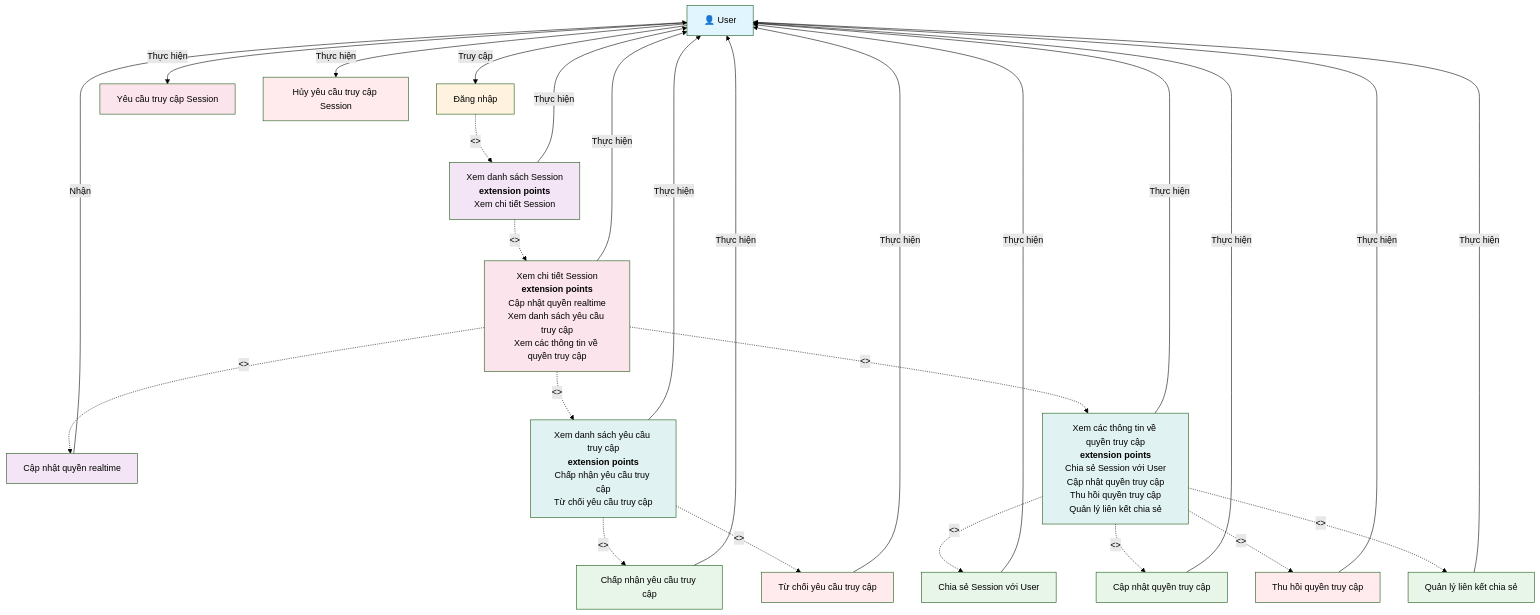
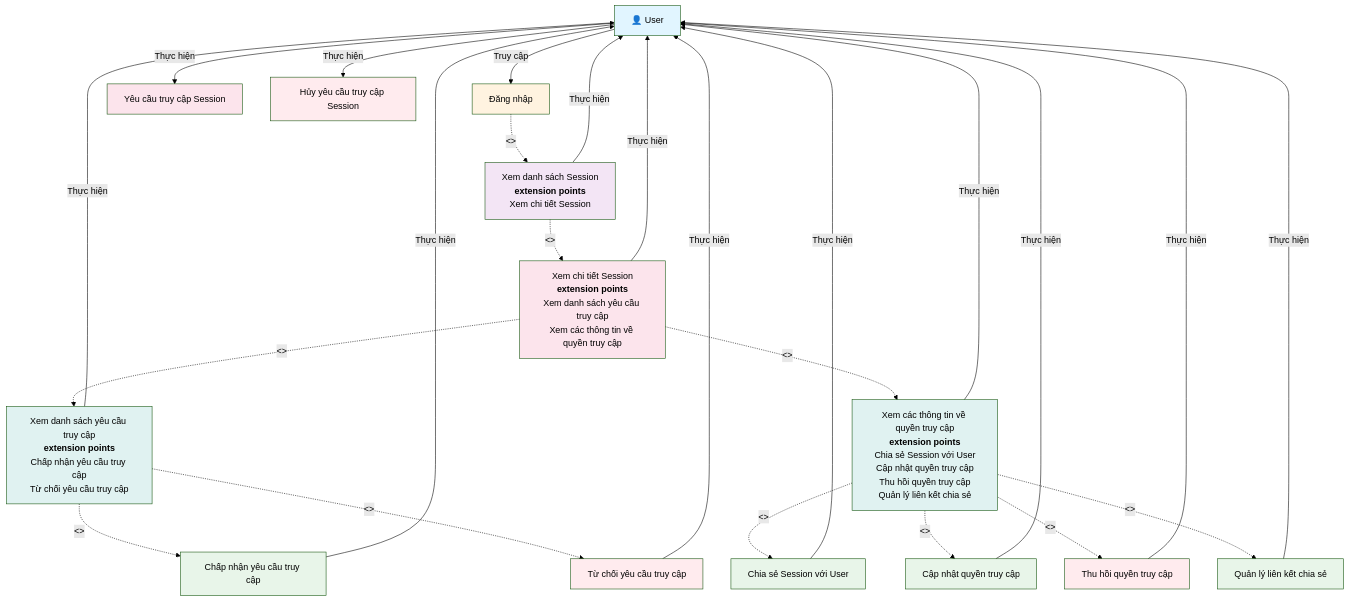
Before and after one commit to mduc-2610/gp_doc: the diagram in session_access/1_session_access_usecase.md, drawn with Mermaid (forest theme). The commit also changed other lines of this file and 54 other files, not shown here.

````diff
--- a/session_access/1_session_access_usecase.md
+++ b/session_access/1_session_access_usecase.md
@@ -3,76 +3,70 @@
 ```mermaid
 graph TB
     User["👤 User"]
     
     Login["Đăng nhập"]
     ListSessions["Xem danh sách Session<br/><b>extension points</b><br/>Xem chi tiết Session"]
-    ViewSessionDetail["Xem chi tiết Session<br/><b>extension points</b><br/>Cập nhật quyền realtime<br/>Xem danh sách yêu cầu truy cập<br/>Xem các thông tin về quyền truy cập"]
-    
-    ReceiveUpdate["Cập nhật quyền realtime"]
+    ViewSessionDetail["Xem chi tiết Session<br/><b>extension points</b><br/>Xem danh sách yêu cầu truy cập<br/>Xem các thông tin về quyền truy cập"]
     ViewRequestList["Xem danh sách yêu cầu truy cập<br/><b>extension points</b><br/>Chấp nhận yêu cầu truy cập<br/>Từ chối yêu cầu truy cập"]
     ViewPermissionInfo["Xem các thông tin về quyền truy cập<br/><b>extension points</b><br/>Chia sẻ Session với User<br/>Cập nhật quyền truy cập<br/>Thu hồi quyền truy cập<br/>Quản lý liên kết chia sẻ"]
     
     AcceptRequest["Chấp nhận yêu cầu truy cập"]
     RejectRequest["Từ chối yêu cầu truy cập"]
     
     ShareSession["Chia sẻ Session với User"]
     UpdatePermission["Cập nhật quyền truy cập"]
     RevokePermission["Thu hồi quyền truy cập"]
     ManageLink["Quản lý liên kết chia sẻ"]
     
     RequestAccess["Yêu cầu truy cập Session"]
     CancelRequest["Hủy yêu cầu truy cập Session"]
     
     User -->|Truy cập| Login
     Login -.->|<<Include>>| ListSessions
     ListSessions -->|Thực hiện| User
     
     ListSessions -.->|<<Extend>>| ViewSessionDetail
     ViewSessionDetail -->|Thực hiện| User
-    
-    ViewSessionDetail -.->|<<Extend>>| ReceiveUpdate
-    ReceiveUpdate -->|Nhận| User
     
     ViewSessionDetail -.->|<<Extend>>| ViewRequestList
     ViewRequestList -->|Thực hiện| User
     
     ViewRequestList -.->|<<Extend>>| AcceptRequest
     AcceptRequest -->|Thực hiện| User
     
     ViewRequestList -.->|<<Extend>>| RejectRequest
     RejectRequest -->|Thực hiện| User
     
     ViewSessionDetail -.->|<<Extend>>| ViewPermissionInfo
     ViewPermissionInfo -->|Thực hiện| User
     
     ViewPermissionInfo -.->|<<Extend>>| ShareSession
     ShareSession -->|Thực hiện| User
     
     ViewPermissionInfo -.->|<<Extend>>| UpdatePermission
     UpdatePermission -->|Thực hiện| User
     
     ViewPermissionInfo -.->|<<Extend>>| RevokePermission
     RevokePermission -->|Thực hiện| User
     
     ViewPermissionInfo -.->|<<Extend>>| ManageLink
     ManageLink -->|Thực hiện| User
     
     User -->|Thực hiện| RequestAccess
     User -->|Thực hiện| CancelRequest
     
     style User fill:#e1f5ff
     style Login fill:#fff3e0
     style ListSessions fill:#f3e5f5
     style ViewSessionDetail fill:#fce4ec
-    style ReceiveUpdate fill:#f3e5f5
     style ViewRequestList fill:#e0f2f1
     style ViewPermissionInfo fill:#e0f2f1
     style AcceptRequest fill:#e8f5e9
     style RejectRequest fill:#ffebee
     style ShareSession fill:#e8f5e9
     style UpdatePermission fill:#e8f5e9
     style RevokePermission fill:#ffebee
     style ManageLink fill:#e8f5e9
     style RequestAccess fill:#fce4ec
     style CancelRequest fill:#ffebee
 ```
````
